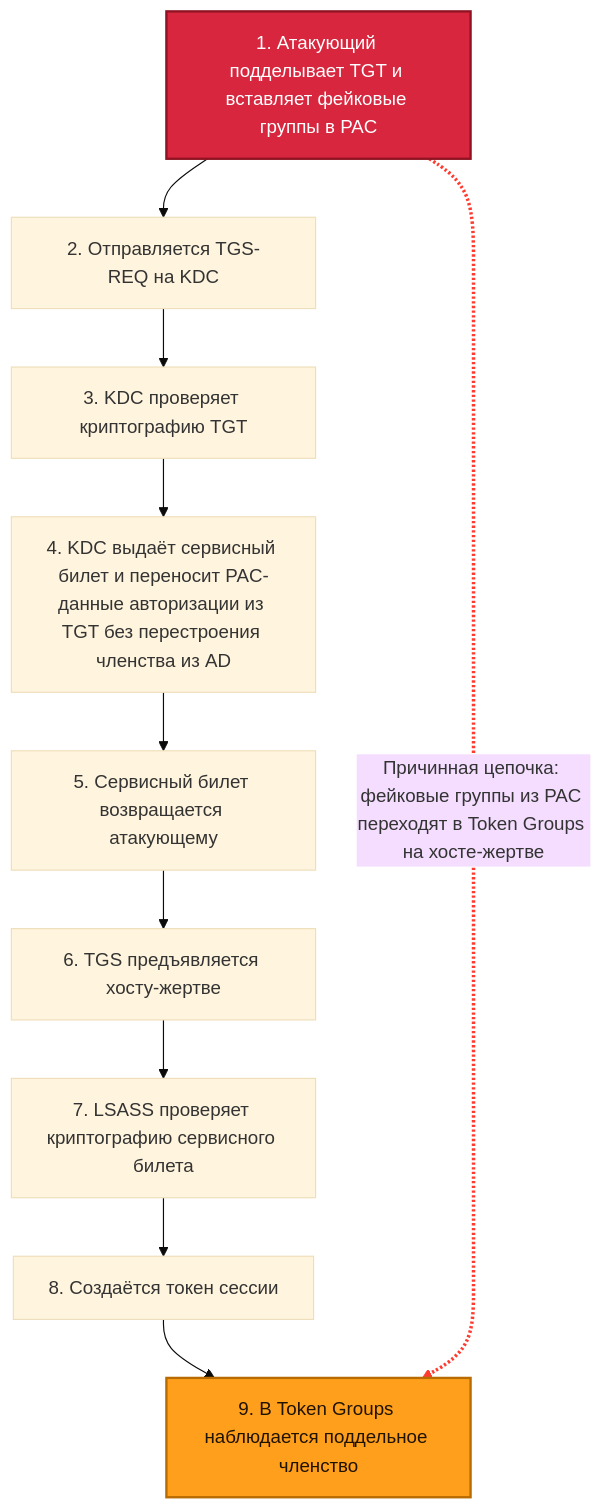
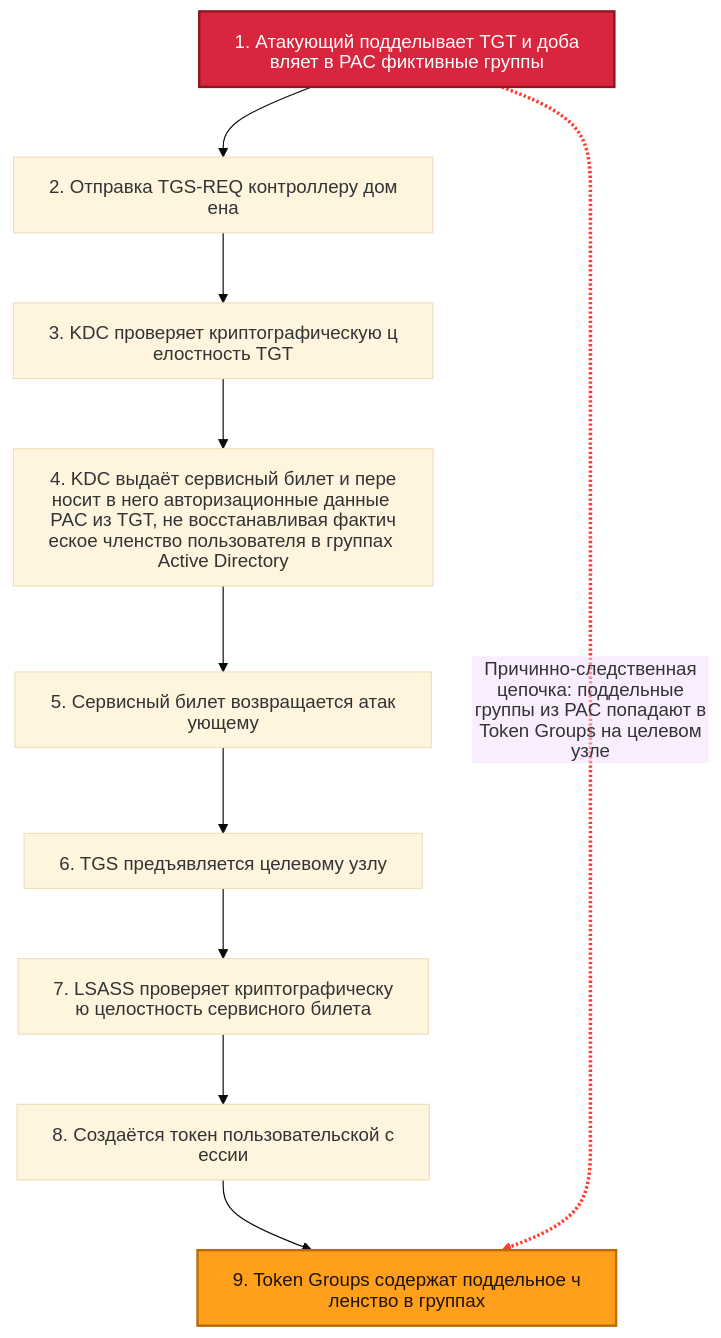
One commit to gam4er/FindGT changed the first of 2 diagrams in README.ru.md. Above: the diagram before and after it, drawn with Mermaid (base theme). The commit also changed other lines of this file and 14 other files, not shown here.

````diff
--- a/README.ru.md
+++ b/README.ru.md
@@ -37,19 +37,35 @@
 ```mermaid
+---
+config:
+  htmlLabels: false
+  markdownAutoWrap: true
+  flowchart:
+    useMaxWidth: false
+    wrappingWidth: 300
+    nodeSpacing: 50
+    rankSpacing: 60
+---
 flowchart TD
-  A[1. Атакующий подделывает TGT и вставляет фейковые группы в PAC] --> B[2. Отправляется TGS-REQ на KDC]
-  B --> C[3. KDC проверяет криптографию TGT]
-  C --> D[4. KDC выдаёт сервисный билет и переносит PAC-данные авторизации из TGT без перестроения членства из AD]
-  D --> E[5. Сервисный билет возвращается атакующему]
-  E --> F[6. TGS предъявляется хосту-жертве]
-  F --> G[7. LSASS проверяет криптографию сервисного билета]
-  G --> H[8. Создаётся токен сессии]
-  H --> I[9. В Token Groups наблюдается поддельное членство]
+  A["`1. Атакующий подделывает TGT и добавляет в PAC фиктивные группы`"]
+    --> B["`2. Отправка TGS-REQ контроллеру домена`"]
 
-  A -. Причинная цепочка: фейковые группы из PAC переходят в Token Groups на хосте-жертве .-> I
+  B --> C["`3. KDC проверяет криптографическую целостность TGT`"]
+
+  C --> D["`4. KDC выдаёт сервисный билет и переносит в него авторизационные данные PAC из TGT, не восстанавливая фактическое членство пользователя в группах Active Directory`"]
+
+  D --> E["`5. Сервисный билет возвращается атакующему`"]
+  E --> F["`6. TGS предъявляется целевому узлу`"]
+  F --> G["`7. LSASS проверяет криптографическую целостность сервисного билета`"]
+  G --> H["`8. Создаётся токен пользовательской сессии`"]
+  H --> I["`9. Token Groups содержат поддельное членство в группах`"]
+
+  A -. "`Причинно-следственная цепочка: поддельные группы из PAC попадают в Token Groups на целевом узле`" .-> I
 
   classDef startNode fill:#d7263d,stroke:#8f1322,color:#ffffff,stroke-width:2px;
   classDef endNode fill:#ff9f1c,stroke:#b86b00,color:#1f1300,stroke-width:2px;
+
   class A startNode;
   class I endNode;
+
   linkStyle 8 stroke:#ff3b30,stroke-width:3px;
 ```
````
